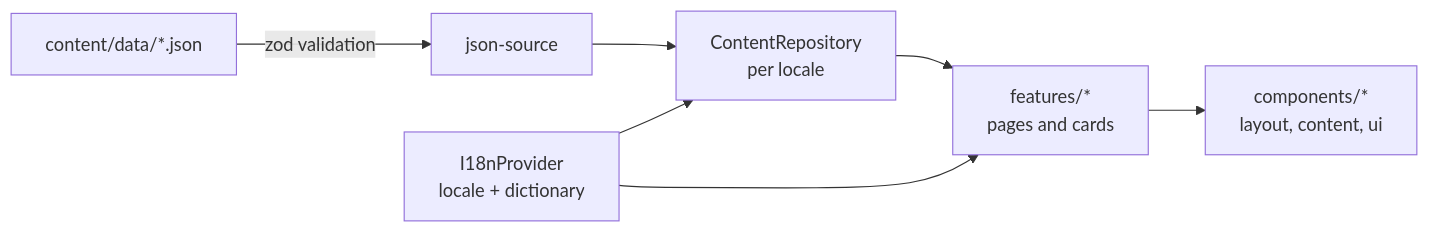
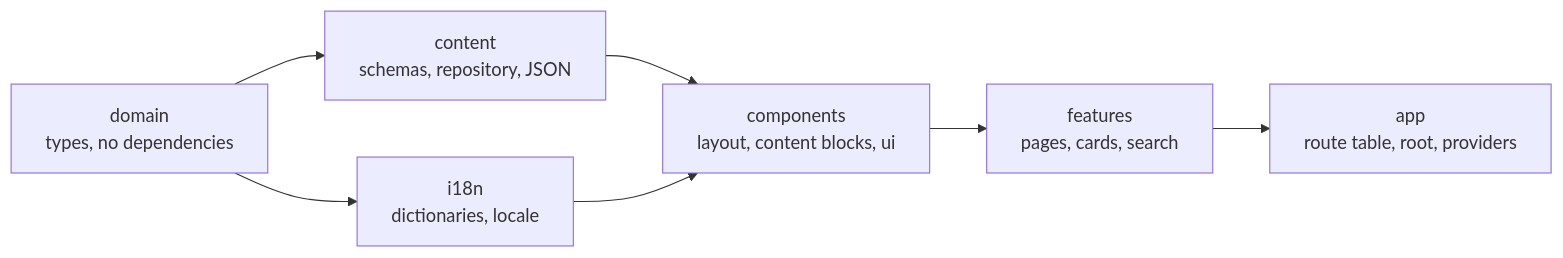
One commit to eliangilsierra/my-portfolio-web changed the diagram in README.md. Above: the diagram before and after it, drawn with Mermaid. The commit also changed other lines of this file and 10 other files, not shown here.

First line of the commit message:
docs: rewrite the documentation for the prerendered architecture

````diff
--- a/README.md
+++ b/README.md
@@ -53,9 +68,9 @@
 ```mermaid
 flowchart LR
-  JSON[content/data/*.json] -->|zod validation| Source[json-source]
-  Source --> Repo[ContentRepository<br/>per locale]
-  I18n[I18nProvider<br/>locale + dictionary] --> Repo
-  Repo --> Features[features/*<br/>pages and cards]
-  I18n --> Features
-  Features --> UI[components/*<br/>layout, content, ui]
+  Domain[domain<br/>types, no dependencies] --> Content[content<br/>schemas, repository, JSON]
+  Domain --> I18n[i18n<br/>dictionaries, locale]
+  Content --> Components[components<br/>layout, content blocks, ui]
+  I18n --> Components
+  Components --> Features[features<br/>pages, cards, search]
+  Features --> App[app<br/>route table, root, providers]
 ```
````
